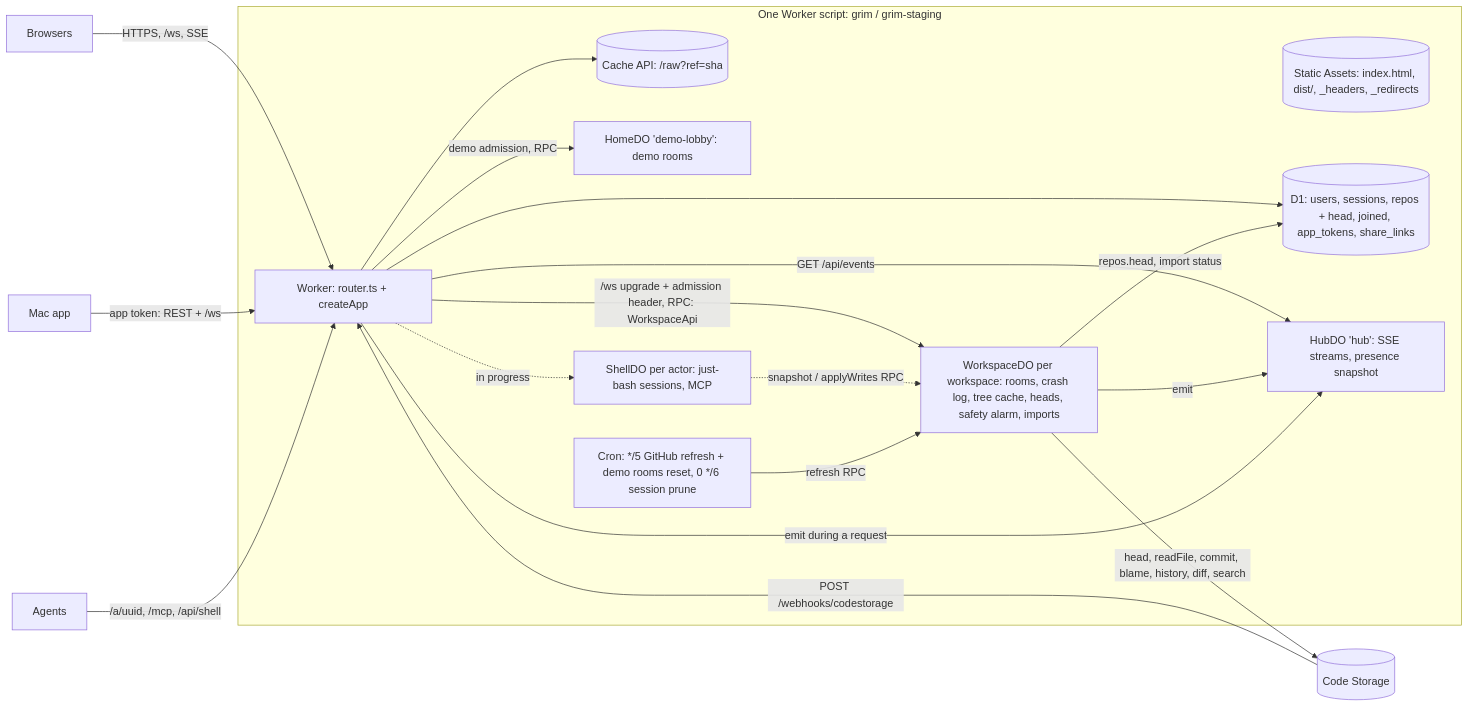
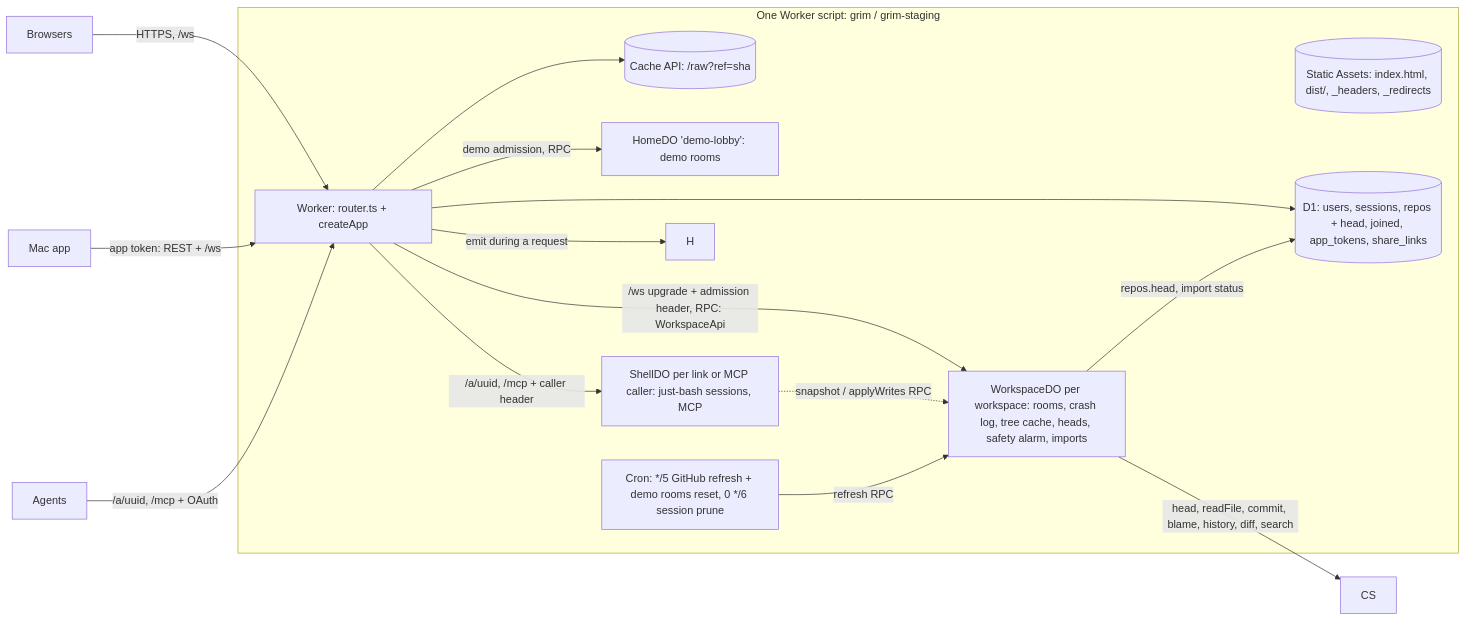
One commit to anomalyco/grim changed the diagram in docs/06-cloudflare.md. Above: the diagram before and after it, drawn with Mermaid. The commit also changed other lines of this file and 5 other files, not shown here.

Commit message:
Docs: the API route list, MCP (tools, OAuth, connecting Claude/Cursor/opencode), sign-in off sharing everything, no default notebook, no SSE/HubDO, no webhook sync, new workspace ids

````diff
--- a/docs/06-cloudflare.md
+++ b/docs/06-cloudflare.md
@@ -24,25 +24,22 @@
 ```mermaid
 flowchart LR
-  B[Browsers] -->|HTTPS, /ws, SSE| W
+  B[Browsers] -->|HTTPS, /ws| W
   M[Mac app] -->|app token: REST + /ws| W
-  A[Agents] -->|/a/uuid, /mcp, /api/shell| W
-  CS[(Code Storage)] -->|POST /webhooks/codestorage| W
+  A[Agents] -->|/a/uuid, /mcp + OAuth| W
 
   subgraph CF[One Worker script: grim / grim-staging]
     SA[(Static Assets: index.html, dist/, _headers, _redirects)]
     W[Worker: router.ts + createApp]
     W --> C[(Cache API: /raw?ref=sha)]
     W --> D1[(D1: users, sessions, repos + head, joined, app_tokens, share_links)]
     W -->|/ws upgrade + admission header, RPC: WorkspaceApi| WS[WorkspaceDO per workspace: rooms, crash log, tree cache, heads, safety alarm, imports]
-    W -->|GET /api/events| H["HubDO 'hub': SSE streams, presence snapshot"]
     W -->|demo admission, RPC| HD["HomeDO 'demo-lobby': demo rooms"]
-    W -. in progress .-> SH[ShellDO per actor: just-bash sessions, MCP]
-    WS -->|emit| H
+    W -->|/a/uuid, /mcp + caller header| SH[ShellDO per link or MCP caller: just-bash sessions, MCP]
     W -->|emit during a request| H
     SH -. snapshot / applyWrites RPC .-> WS
     CRON[Cron: */5 GitHub refresh + demo rooms reset, 0 */6 session prune] -->|refresh RPC| WS
     WS -->|repos.head, import status| D1
   end
 
   WS -->|head, readFile, commit, blame, history, diff, search| CS
 ```
````
